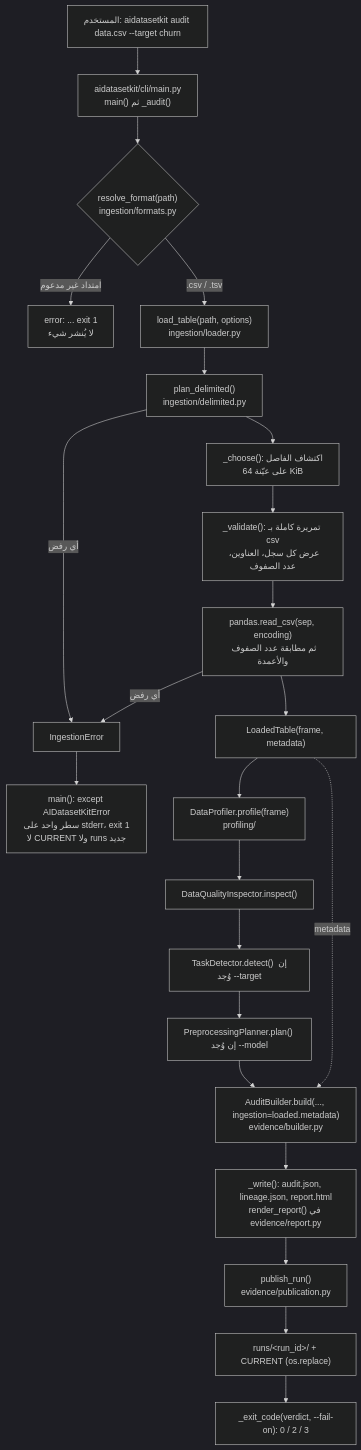
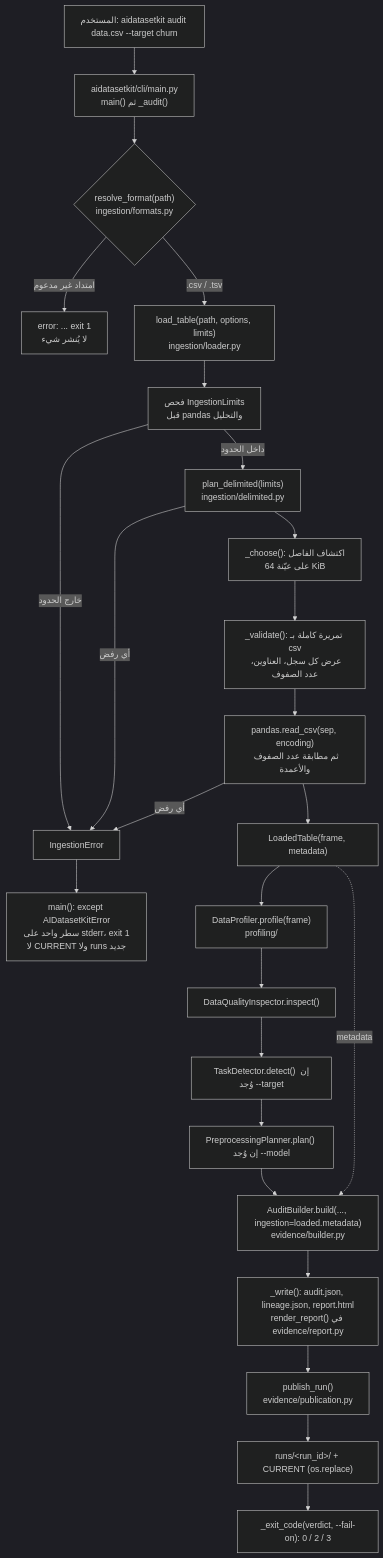
The first of 3 diagrams in docs/AIDATASETKIT_CODE_JOURNEY_AR.md (mohammed0115/AIDatasetKit), drawn with Mermaid (dark theme) before and after one commit. The commit also changed other lines of this file and 8 other files, not shown here.

````diff
--- a/docs/AIDATASETKIT_CODE_JOURNEY_AR.md
+++ b/docs/AIDATASETKIT_CODE_JOURNEY_AR.md
@@ -9,25 +9,27 @@
 ```mermaid
 flowchart TD
     U["المستخدم: aidatasetkit audit data.csv --target churn"] --> M["aidatasetkit/cli/main.py<br/>main() ثم _audit()"]
     M --> F{"resolve_format(path)<br/>ingestion/formats.py"}
     F -- "امتداد غير مدعوم" --> X1["error: ... exit 1<br/>لا يُنشر شيء"]
-    F -- ".csv / .tsv" --> L["load_table(path, options)<br/>ingestion/loader.py"]
-    L --> P["plan_delimited()<br/>ingestion/delimited.py"]
+    F -- ".csv / .tsv" --> L["load_table(path, options, limits)<br/>ingestion/loader.py"]
+    L --> G["فحص IngestionLimits<br/>قبل pandas والتحليل"]
+    G -- "خارج الحدود" --> E["ResourceLimitError<br/>لا نشر ولا استبدال CURRENT"]
+    G -- "داخل الحدود" --> P["plan_delimited(limits)<br/>ingestion/delimited.py"]
     P --> D["_choose(): اكتشاف الفاصل<br/>على عيّنة 64 KiB"]
     D --> V["_validate(): تمريرة كاملة بـ csv<br/>عرض كل سجل، العناوين، عدد الصفوف"]
     V --> R["pandas.read_csv(sep, encoding)<br/>ثم مطابقة عدد الصفوف والأعمدة"]
     R --> T["LoadedTable(frame, metadata)"]
     P -- "أي رفض" --> E["IngestionError"]
     R -- "أي رفض" --> E
     E --> X2["main(): except AIDatasetKitError<br/>سطر واحد على stderr، exit 1<br/>لا CURRENT ولا runs جديد"]
     T --> PR["DataProfiler.profile(frame)<br/>profiling/"]
     PR --> Q["DataQualityInspector.inspect()"]
     Q --> TD["TaskDetector.detect() إن وُجد --target"]
     TD --> PL["PreprocessingPlanner.plan() إن وُجد --model"]
     PL --> B["AuditBuilder.build(..., ingestion=loaded.metadata)<br/>evidence/builder.py"]
     T -. "metadata" .-> B
     B --> W["_write(): audit.json, lineage.json, report.html<br/>render_report() في evidence/report.py"]
     W --> PUB["publish_run()<br/>evidence/publication.py"]
     PUB --> C["runs/&lt;run_id&gt;/ + CURRENT (os.replace)"]
     C --> EX["_exit_code(verdict, --fail-on): 0 / 2 / 3"]
 ```
````
